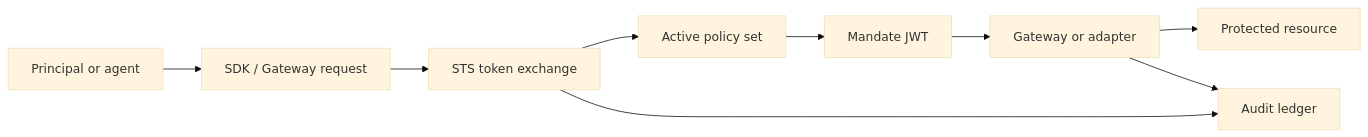
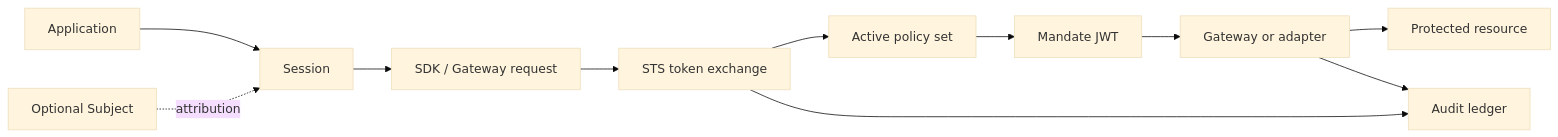
One commit to Garudex-Labs/caracal changed the diagram in docs/src/content/docs/concepts/index.mdx. Above: the diagram before and after it, drawn with Mermaid (base theme). The commit also changed other lines of this file and 9 other files, not shown here.

````diff
--- a/docs/src/content/docs/concepts/index.mdx
+++ b/docs/src/content/docs/concepts/index.mdx
@@ -31,11 +31,13 @@
 ```mermaid
 flowchart LR
-  Principal["Principal or agent"] --> SDK["SDK / Gateway request"]
+  App["Application"] --> Session["Session"]
+  Subject["Optional Subject"] -. attribution .-> Session
+  Session --> SDK["SDK / Gateway request"]
   SDK --> STS["STS token exchange"]
   STS --> Policy["Active policy set"]
   Policy --> Mandate["Mandate JWT"]
   Mandate --> Gateway["Gateway or adapter"]
   Gateway --> Resource["Protected resource"]
   STS --> Audit["Audit ledger"]
   Gateway --> Audit
 ```
````
